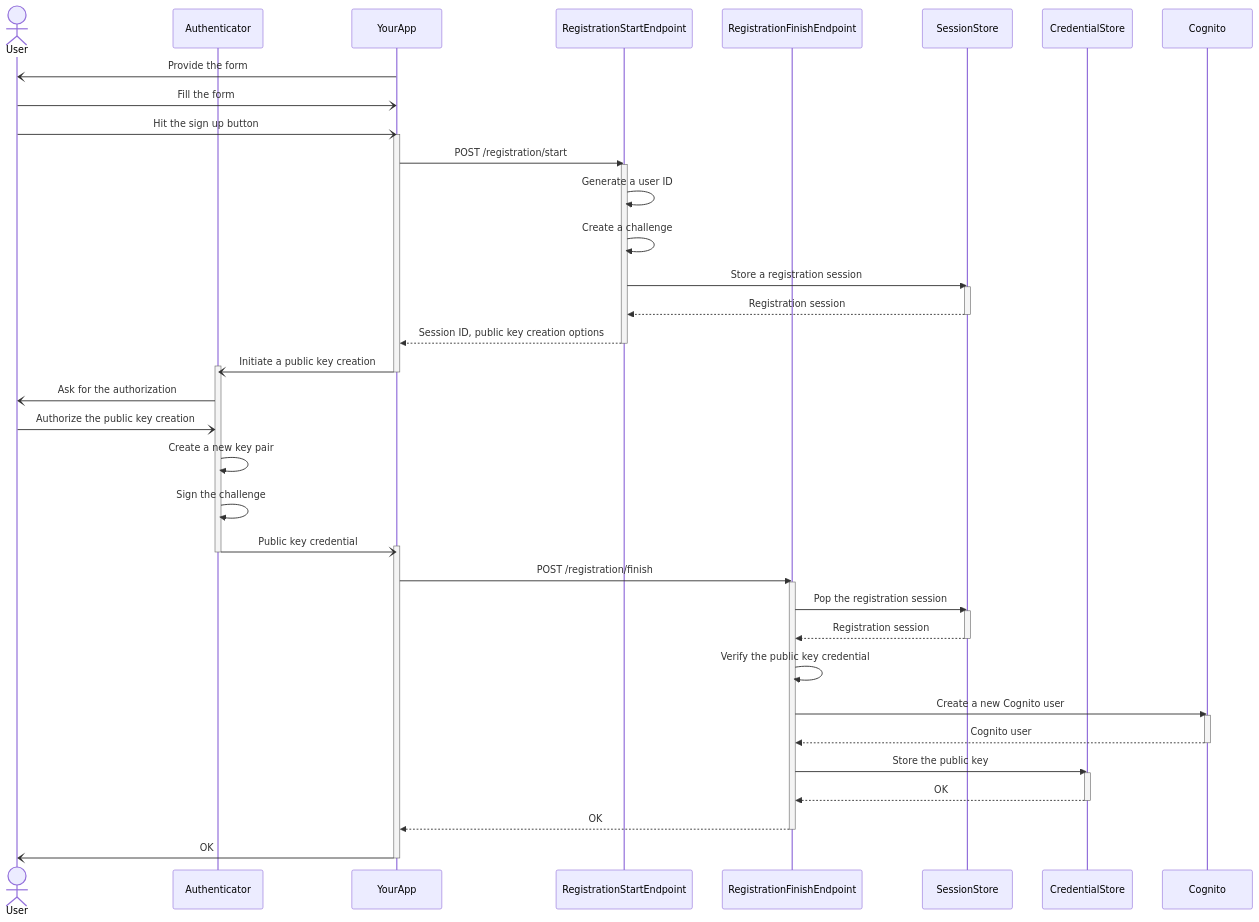
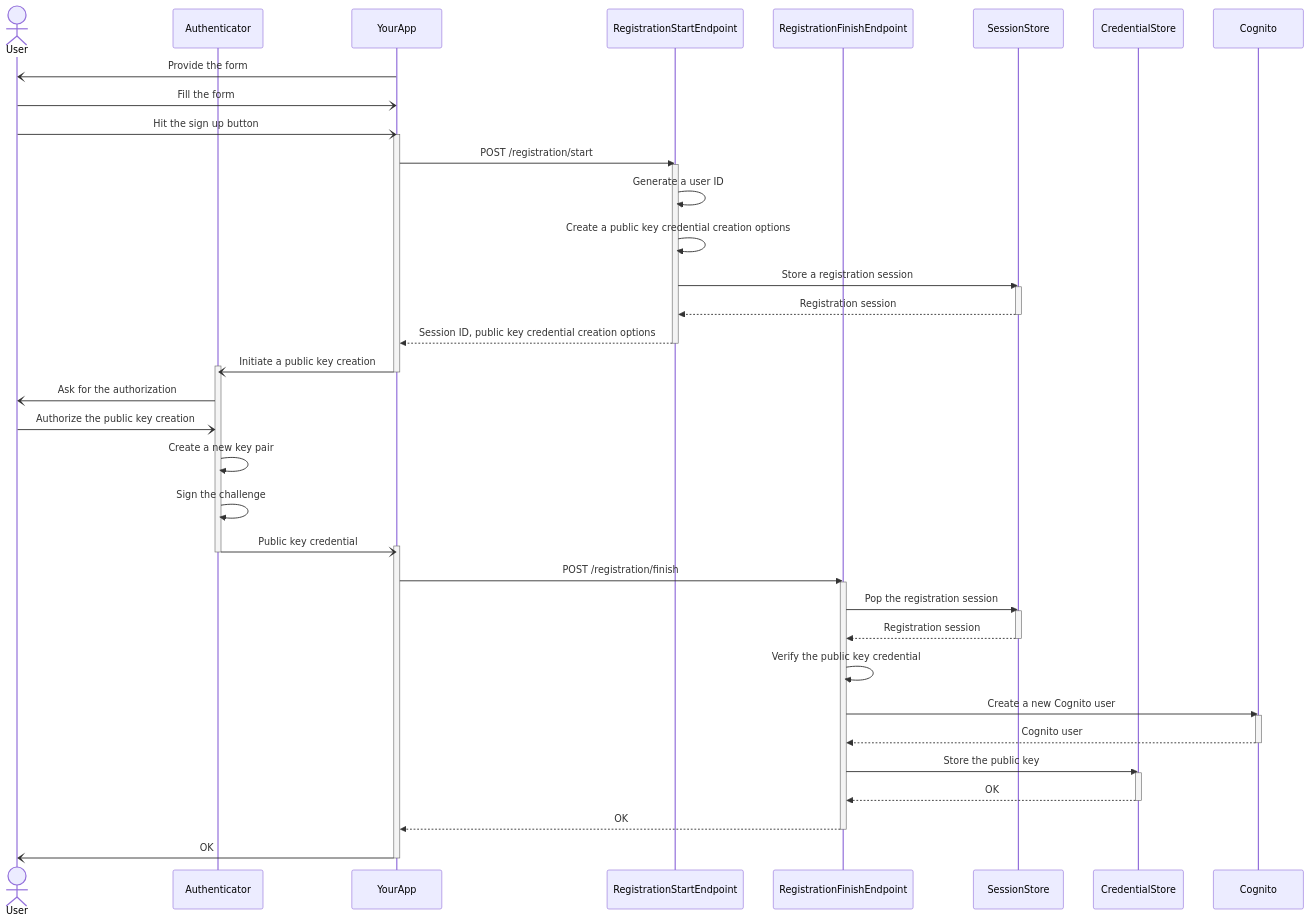
One commit to codemonger-io/passquito changed the first of 2 diagrams in README.md. Above: the diagram before and after it, drawn with Mermaid. The commit also changed other lines of this file, not shown here.

````diff
--- a/README.md
+++ b/README.md
@@ -93,61 +95,61 @@
 ```mermaid
 sequenceDiagram
     actor User
     participant Authenticator
     participant YourApp
     participant RegistrationStartEndpoint
     participant RegistrationFinishEndpoint
     participant SessionStore
     participant CredentialStore
     participant Cognito
 
     YourApp-)User: Provide the form
     User-)YourApp: Fill the form
     User-)YourApp: Hit the sign up button
     activate YourApp
 
     YourApp->>RegistrationStartEndpoint: POST /registration/start
     activate RegistrationStartEndpoint
 
     RegistrationStartEndpoint->>RegistrationStartEndpoint: Generate a user ID
-    RegistrationStartEndpoint->>RegistrationStartEndpoint: Create a challenge
+    RegistrationStartEndpoint->>RegistrationStartEndpoint: Create a public key credential creation options
     RegistrationStartEndpoint->>SessionStore: Store a registration session
     activate SessionStore
     SessionStore-->>RegistrationStartEndpoint: Registration session
     deactivate SessionStore
-    RegistrationStartEndpoint-->>YourApp: Session ID, public key creation options
+    RegistrationStartEndpoint-->>YourApp: Session ID, public key credential creation options
     deactivate RegistrationStartEndpoint
     YourApp-)Authenticator: Initiate a public key creation
     activate Authenticator
     deactivate YourApp
 
     Authenticator-)User: Ask for the authorization
     User-)Authenticator: Authorize the public key creation
     Authenticator->>Authenticator: Create a new key pair
     Authenticator->>Authenticator: Sign the challenge
     Authenticator-)YourApp: Public key credential
     activate YourApp
     deactivate Authenticator
 
     YourApp->>RegistrationFinishEndpoint: POST /registration/finish
     activate RegistrationFinishEndpoint
 
     RegistrationFinishEndpoint->>SessionStore: Pop the registration session
     activate SessionStore
     SessionStore-->>RegistrationFinishEndpoint: Registration session
     deactivate SessionStore
     RegistrationFinishEndpoint->>RegistrationFinishEndpoint: Verify the public key credential
     RegistrationFinishEndpoint->>Cognito: Create a new Cognito user
     activate Cognito
     Cognito-->>RegistrationFinishEndpoint: Cognito user
     deactivate Cognito
     RegistrationFinishEndpoint->>CredentialStore: Store the public key
     activate CredentialStore
     CredentialStore-->>RegistrationFinishEndpoint: OK
     deactivate CredentialStore
     RegistrationFinishEndpoint-->>YourApp: OK
     deactivate RegistrationFinishEndpoint
 
     YourApp-)User: OK
     deactivate YourApp
 ```
````
